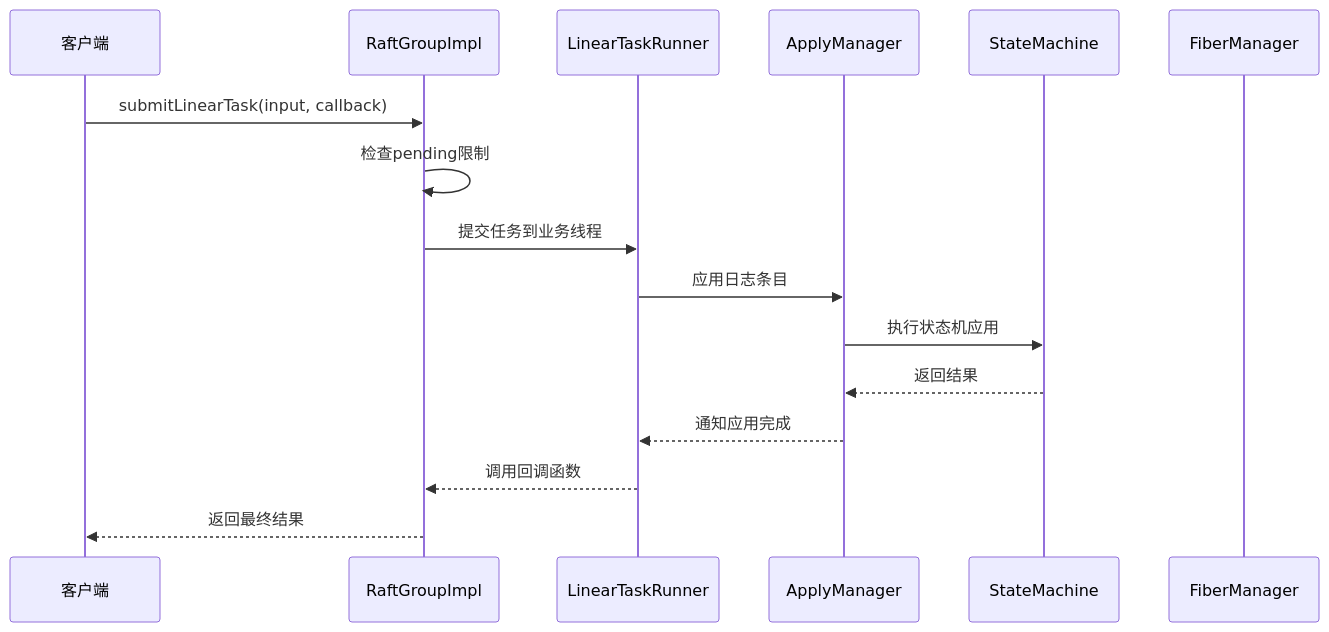
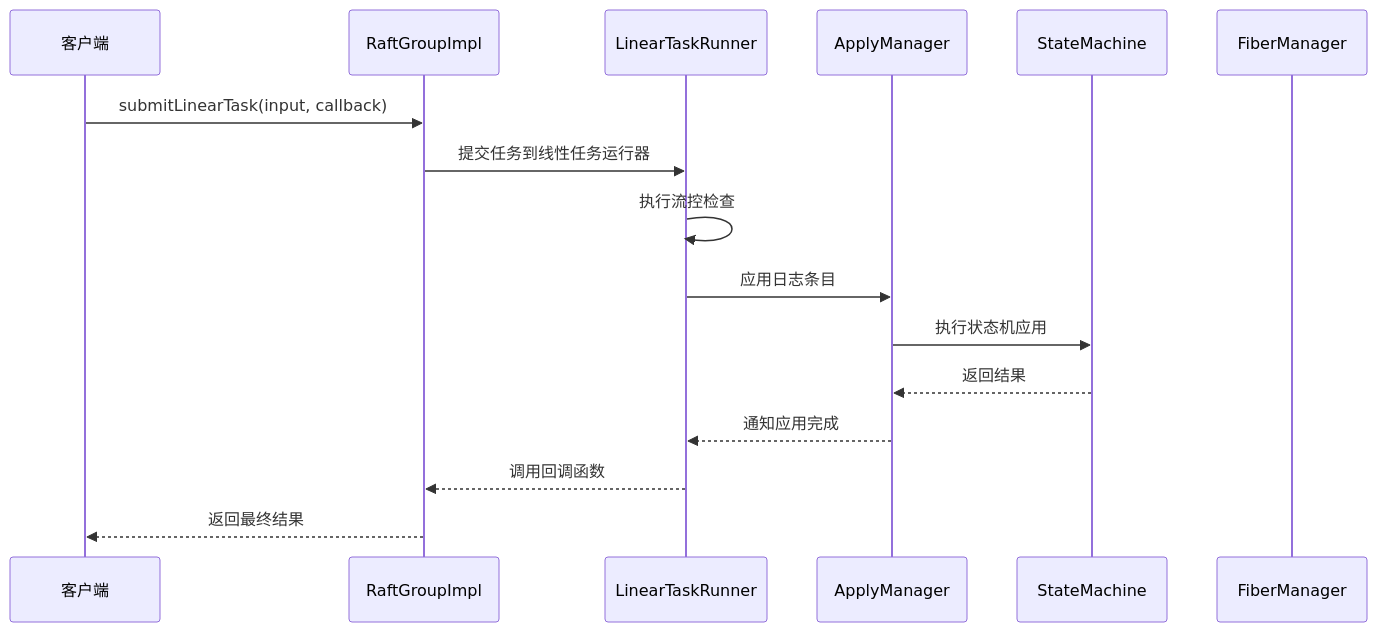
Before and after one commit to dtprj/dongting: the third of 11 diagrams in .qoder/repowiki/zh/content/核心概念/RAFT一致性算法.md, drawn with Mermaid. The commit also changed other lines of this file and 3 other files, not shown here.

````diff
--- a/.qoder/repowiki/zh/content/核心概念/RAFT一致性算法.md
+++ b/.qoder/repowiki/zh/content/核心概念/RAFT一致性算法.md
@@ -167,18 +178,18 @@
 ```mermaid
 sequenceDiagram
 participant Client as 客户端
 participant RG as RaftGroupImpl
 participant LTR as LinearTaskRunner
 participant AM as ApplyManager
 participant SM as StateMachine
 participant FM as FiberManager
 Client->>RG : submitLinearTask(input, callback)
-RG->>RG : 检查pending限制
-RG->>LTR : 提交任务到业务线程
+RG->>LTR : 提交任务到线性任务运行器
+LTR->>LTR : 执行流控检查
 LTR->>AM : 应用日志条目
 AM->>SM : 执行状态机应用
 SM-->>AM : 返回结果
 AM-->>LTR : 通知应用完成
 LTR-->>RG : 调用回调函数
 RG-->>Client : 返回最终结果
 ```
````
